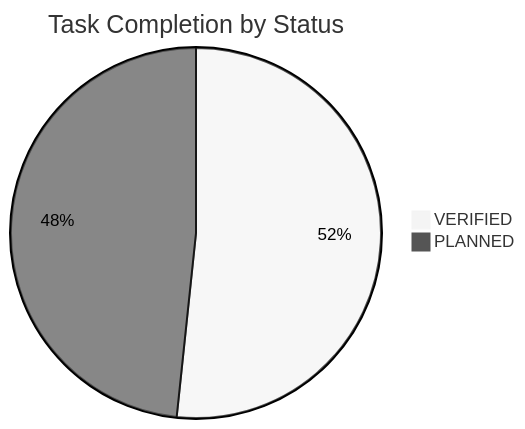
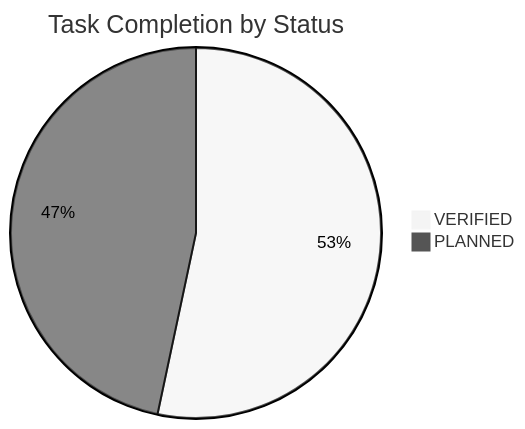
The diagram in docs/TASK_BOARD.md (NguyenTriBaoThang/ClearWayAI), drawn with Mermaid (neutral theme) before and after one commit. The commit also changed other lines of this file and 12 other files, not shown here.

````diff
--- a/docs/TASK_BOARD.md
+++ b/docs/TASK_BOARD.md
@@ -16,5 +16,5 @@
 ```mermaid
 pie title Task Completion by Status
-    "VERIFIED" : 31
-    "PLANNED" : 29
+    "VERIFIED" : 32
+    "PLANNED" : 28
 ```
````
